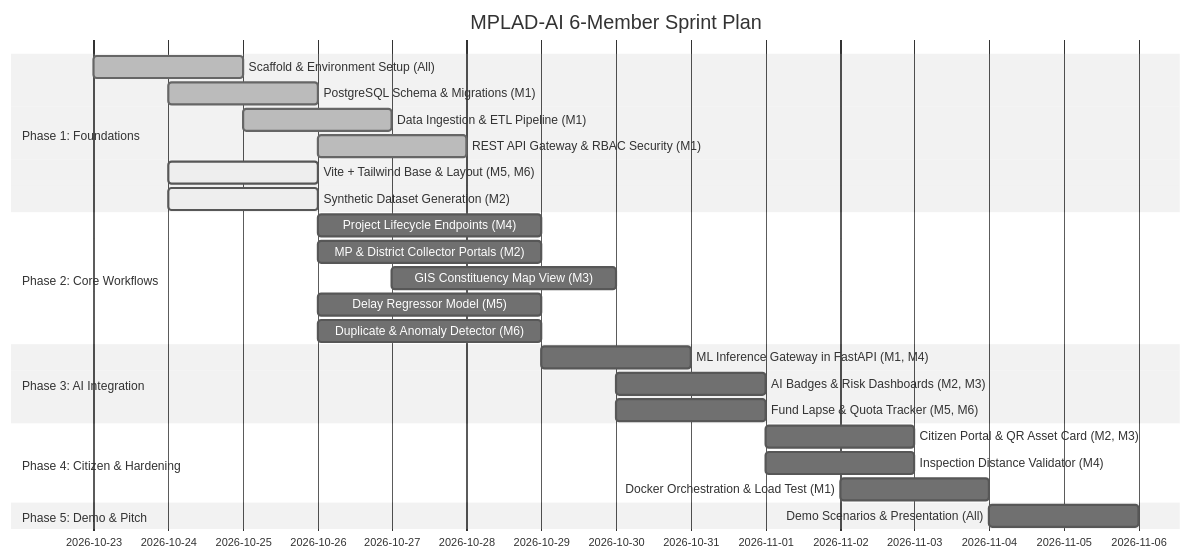
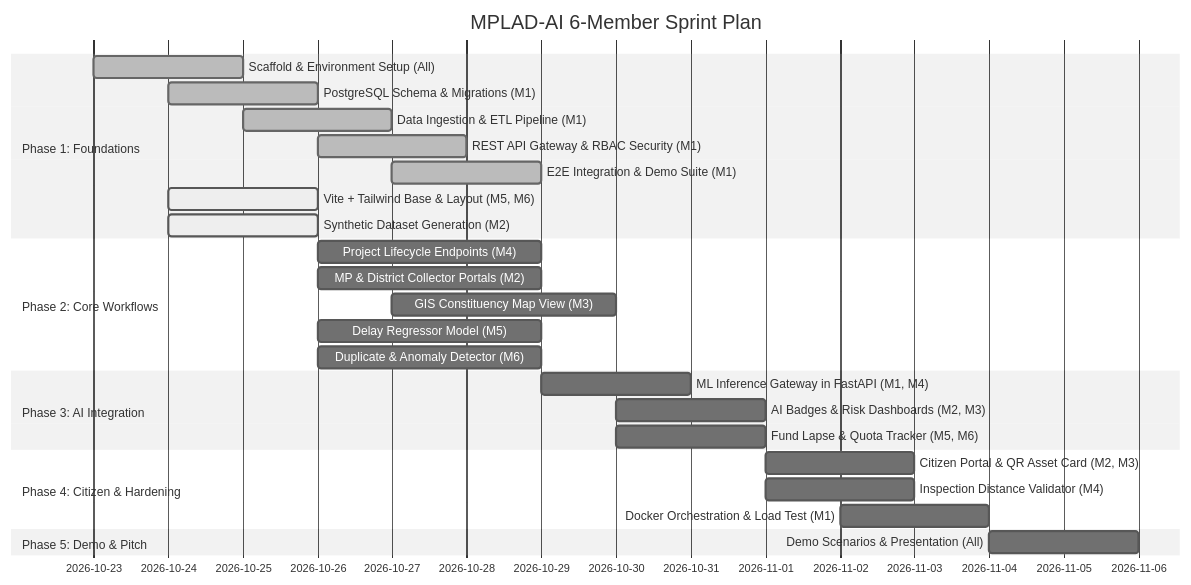
One commit to ManasPatel0/MPLAD-AI changed the diagram in docs/PHASED_PLAN.md. Above: the diagram before and after it, drawn with Mermaid (neutral theme). The commit also changed 14 other files, not shown here.

Commit message:
feat(integration): complete Subtask 1.5 end-to-end integration, CI pipeline & hackathon demo suite

````diff
--- a/docs/PHASED_PLAN.md
+++ b/docs/PHASED_PLAN.md
@@ -23,28 +23,29 @@
 ```mermaid
 gantt
     title MPLAD-AI 6-Member Sprint Plan
     dateFormat  YYYY-MM-DD
     section Phase 1: Foundations
     Scaffold & Environment Setup (All)      :done,    p1_1, 2026-10-23, 2d
     PostgreSQL Schema & Migrations (M1)     :done,    p1_2, 2026-10-24, 2d
     Data Ingestion & ETL Pipeline (M1)      :done,    p1_2b, 2026-10-25, 2d
     REST API Gateway & RBAC Security (M1)   :done,    p1_2c, 2026-10-26, 2d
+    E2E Integration & Demo Suite (M1)       :done,    p1_2d, 2026-10-27, 2d
     Vite + Tailwind Base & Layout (M5, M6)  :active,  p1_3, 2026-10-24, 2d
     Synthetic Dataset Generation (M2)       :active,  p1_4, 2026-10-24, 2d
     section Phase 2: Core Workflows
     Project Lifecycle Endpoints (M4)        :         p2_1, 2026-10-26, 3d
     MP & District Collector Portals (M2)    :         p2_2, 2026-10-26, 3d
     GIS Constituency Map View (M3)          :         p2_3, 2026-10-27, 3d
     Delay Regressor Model (M5)              :         p2_4, 2026-10-26, 3d
     Duplicate & Anomaly Detector (M6)       :         p2_5, 2026-10-26, 3d
     section Phase 3: AI Integration
     ML Inference Gateway in FastAPI (M1, M4):         p3_1, 2026-10-29, 2d
     AI Badges & Risk Dashboards (M2, M3)    :         p3_2, 2026-10-30, 2d
     Fund Lapse & Quota Tracker (M5, M6)     :         p3_3, 2026-10-30, 2d
     section Phase 4: Citizen & Hardening
     Citizen Portal & QR Asset Card (M2, M3) :         p4_1, 2026-11-01, 2d
     Inspection Distance Validator (M4)      :         p4_2, 2026-11-01, 2d
     Docker Orchestration & Load Test (M1)   :         p4_3, 2026-11-02, 2d
     section Phase 5: Demo & Pitch
     Demo Scenarios & Presentation (All)     :         p5_1, 2026-11-04, 2d
 ```
````
